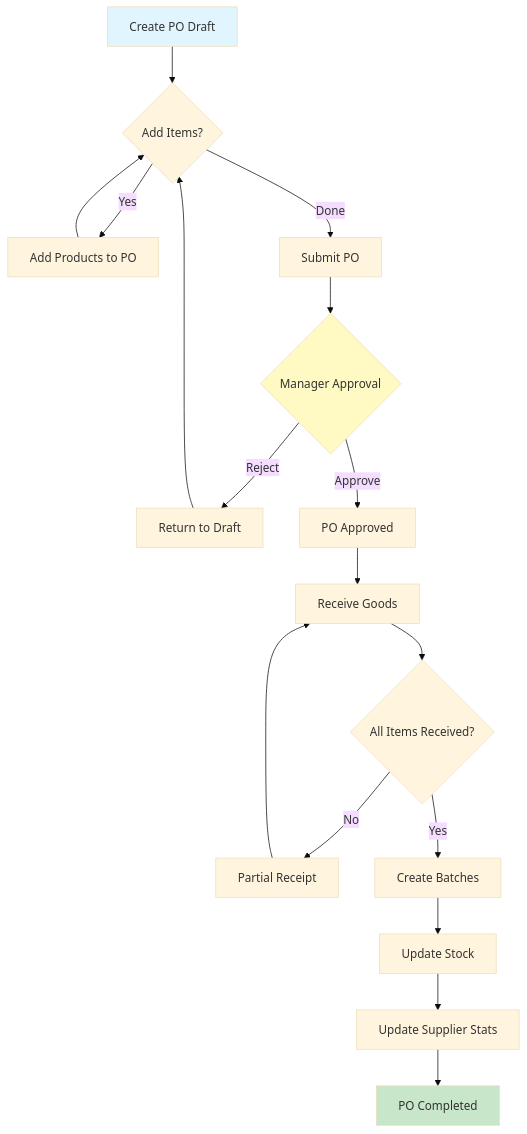
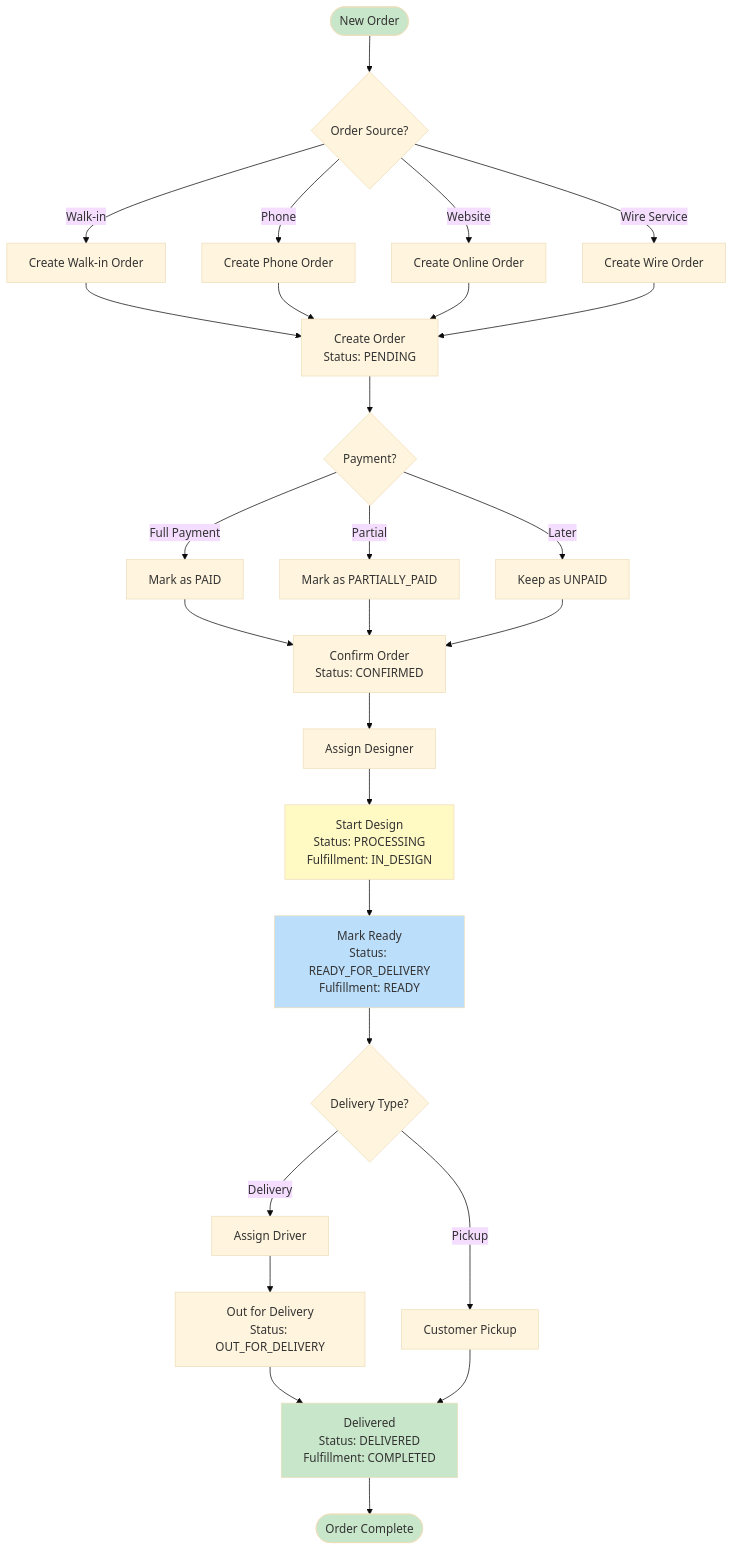
The second of 9 diagrams in README.md (justflowerdelhi/floraprise), drawn with Mermaid (base theme) before and after one commit. The commit also changed other lines of this file and 66 other files, not shown here.

````diff
--- a/README.md
+++ b/README.md
@@ -343,23 +142,48 @@
 ```mermaid
 flowchart TD
-    A[Create PO Draft] --> B{Add Items?}
-    B -->|Yes| C[Add Products to PO]
-    C --> B
-    B -->|Done| D[Submit PO]
-    D --> E{Manager Approval}
-    E -->|Reject| F[Return to Draft]
-    F --> B
-    E -->|Approve| G[PO Approved]
-    G --> H[Receive Goods]
-    H --> I{All Items Received?}
-    I -->|No| J[Partial Receipt]
-    J --> H
-    I -->|Yes| K[Create Batches]
-    K --> L[Update Stock]
-    L --> M[Update Supplier Stats]
-    M --> N[PO Completed]
-    
-    style A fill:#e1f5fe
-    style N fill:#c8e6c9
-    style E fill:#fff9c4
+    START([New Order]) --> SOURCE{Order Source?}
+
+    SOURCE -->|Walk-in| WALKIN[Create Walk-in Order]
+    SOURCE -->|Phone| PHONE[Create Phone Order]
+    SOURCE -->|Website| WEB[Create Online Order]
+    SOURCE -->|Wire Service| WIRE[Create Wire Order]
+
+    WALKIN --> CREATE
+    PHONE --> CREATE
+    WEB --> CREATE
+    WIRE --> CREATE
+
+    CREATE[Create Order<br/>Status: PENDING] --> PAYMENT{Payment?}
+
+    PAYMENT -->|Full Payment| PAID[Mark as PAID]
+    PAYMENT -->|Partial| PARTIAL[Mark as PARTIALLY_PAID]
+    PAYMENT -->|Later| UNPAID[Keep as UNPAID]
+
+    PAID --> CONFIRM
+    PARTIAL --> CONFIRM
+    UNPAID --> CONFIRM
+
+    CONFIRM[Confirm Order<br/>Status: CONFIRMED] --> ASSIGN[Assign Designer]
+
+    ASSIGN --> DESIGN[Start Design<br/>Status: PROCESSING<br/>Fulfillment: IN_DESIGN]
+
+    DESIGN --> READY[Mark Ready<br/>Status: READY_FOR_DELIVERY<br/>Fulfillment: READY]
+
+    READY --> DELIVERY{Delivery Type?}
+
+    DELIVERY -->|Pickup| PICKUP[Customer Pickup]
+    DELIVERY -->|Delivery| DRIVER[Assign Driver]
+
+    DRIVER --> OUT[Out for Delivery<br/>Status: OUT_FOR_DELIVERY]
+
+    OUT --> DELIVERED[Delivered<br/>Status: DELIVERED<br/>Fulfillment: COMPLETED]
+    PICKUP --> DELIVERED
+
+    DELIVERED --> DONE([Order Complete])
+
+    style START fill:#c8e6c9
+    style DONE fill:#c8e6c9
+    style DESIGN fill:#fff9c4
+    style READY fill:#bbdefb
+    style DELIVERED fill:#c8e6c9
 ```
````
